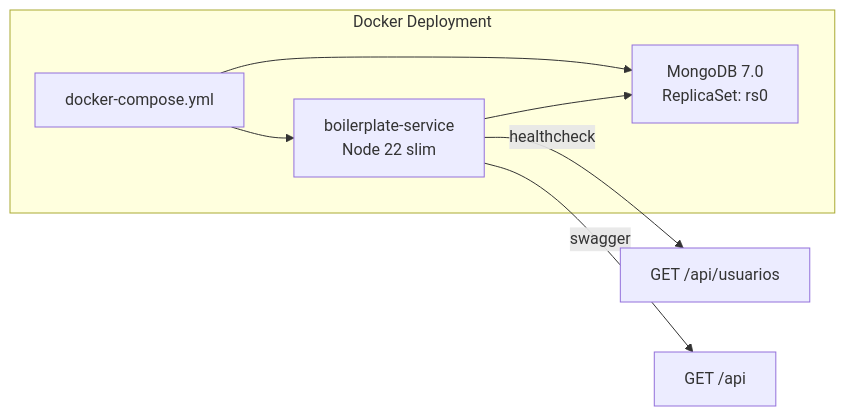
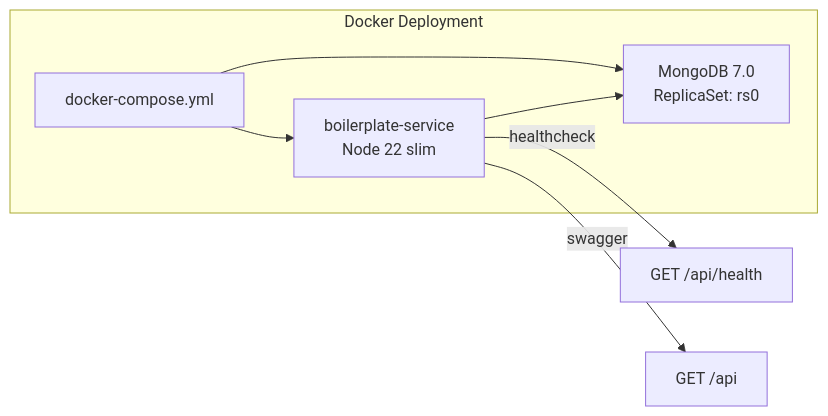
One commit to bobrobert13/nestJs-boilerplate changed the second of 4 diagrams in AGENTS.md. Above: the diagram before and after it, drawn with Mermaid. The commit also changed other lines of this file and 3 other files, not shown here.

````diff
--- a/AGENTS.md
+++ b/AGENTS.md
@@ -89,14 +89,14 @@
 ```mermaid
 graph LR
     subgraph "Docker Deployment"
         DOCKER_COMPOSE["docker-compose.yml"]
         MONGODB["MongoDB 7.0<br/>ReplicaSet: rs0"]
         SERVICE["boilerplate-service<br/>Node 22 slim"]
     end
 
     DOCKER_COMPOSE --> MONGODB
     DOCKER_COMPOSE --> SERVICE
     SERVICE --> MONGODB
-    SERVICE --> |healthcheck| HEALTH["GET /api/usuarios"]
+    SERVICE --> |healthcheck| HEALTH["GET /api/health"]
     SERVICE --> |swagger| SWAGGER["GET /api"]
 ```
````
